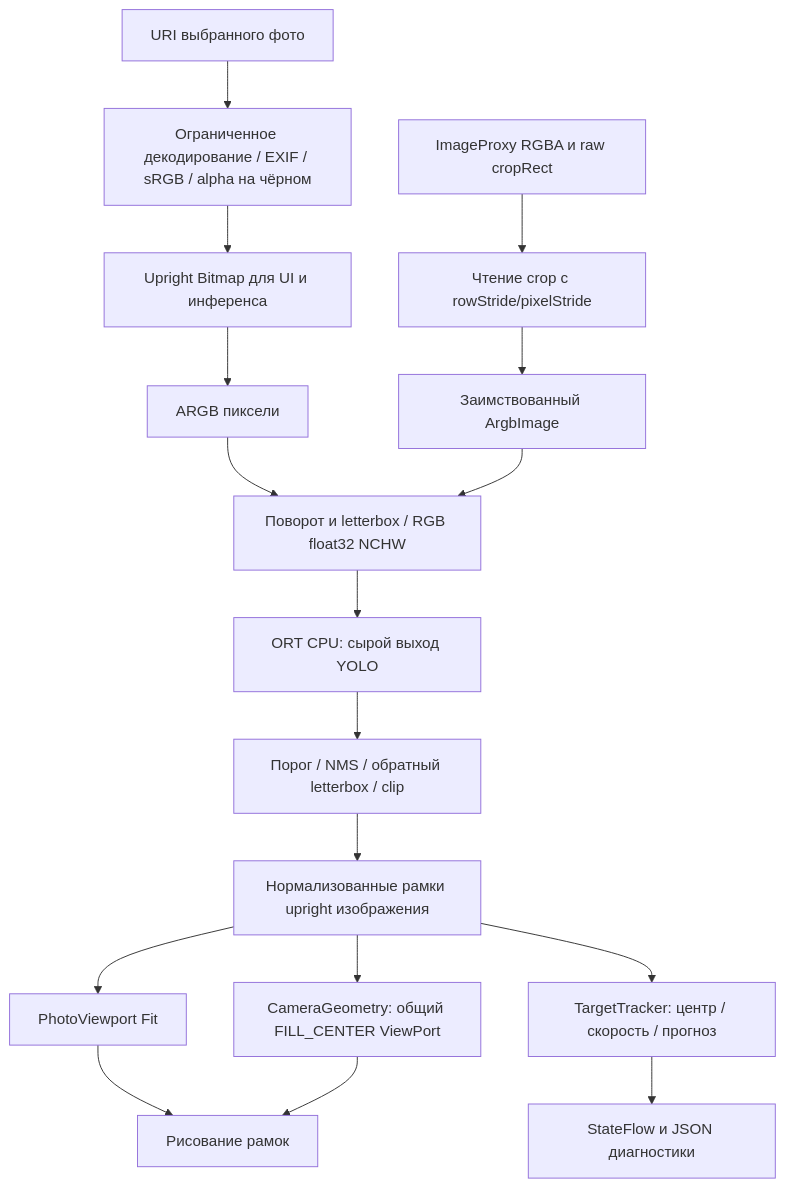
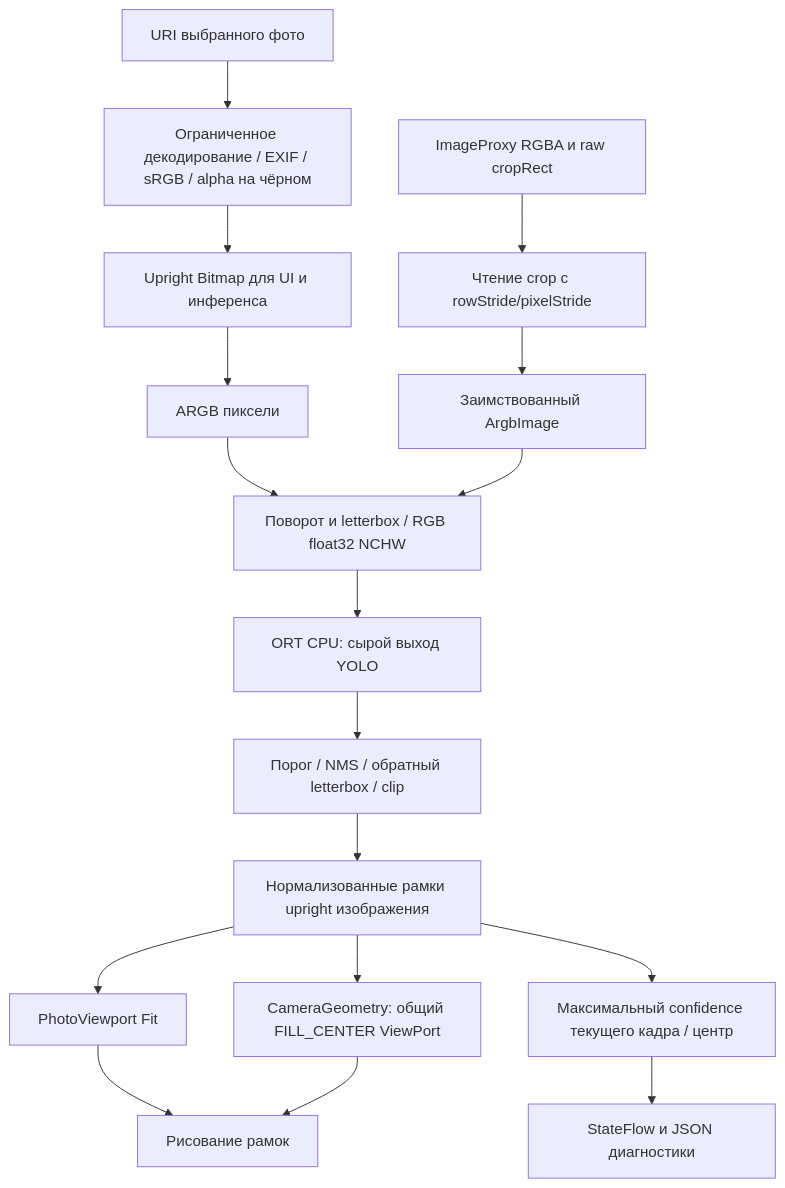
Before and after one commit to Kr1st10/drone-cv-android-prototype: the diagram in docs/architecture/data-flow.md, drawn with Mermaid. The commit also changed other lines of this file and 26 other files, not shown here.

````diff
--- a/docs/architecture/data-flow.md
+++ b/docs/architecture/data-flow.md
@@ -7,19 +7,19 @@
 ```mermaid
 flowchart TD
     P[URI выбранного фото] --> D[Ограниченное декодирование / EXIF / sRGB / alpha на чёрном]
     D --> B[Upright Bitmap для UI и инференса]
     B --> A[ARGB пиксели]
     C[ImageProxy RGBA и raw cropRect] --> R[Чтение crop с rowStride/pixelStride]
     R --> A2[Заимствованный ArgbImage]
     A --> Pre[Поворот и letterbox / RGB float32 NCHW]
     A2 --> Pre
     Pre --> ORT[ORT CPU: сырой выход YOLO]
     ORT --> Post[Порог / NMS / обратный letterbox / clip]
     Post --> Norm[Нормализованные рамки upright изображения]
     Norm --> Photo[PhotoViewport Fit]
     Norm --> Camera[CameraGeometry: общий FILL_CENTER ViewPort]
-    Norm --> Target[TargetTracker: центр / скорость / прогноз]
+    Norm --> Target[Максимальный confidence текущего кадра / центр]
     Target --> Signal[StateFlow и JSON диагностики]
     Photo --> Draw[Рисование рамок]
     Camera --> Draw
 ```
````
